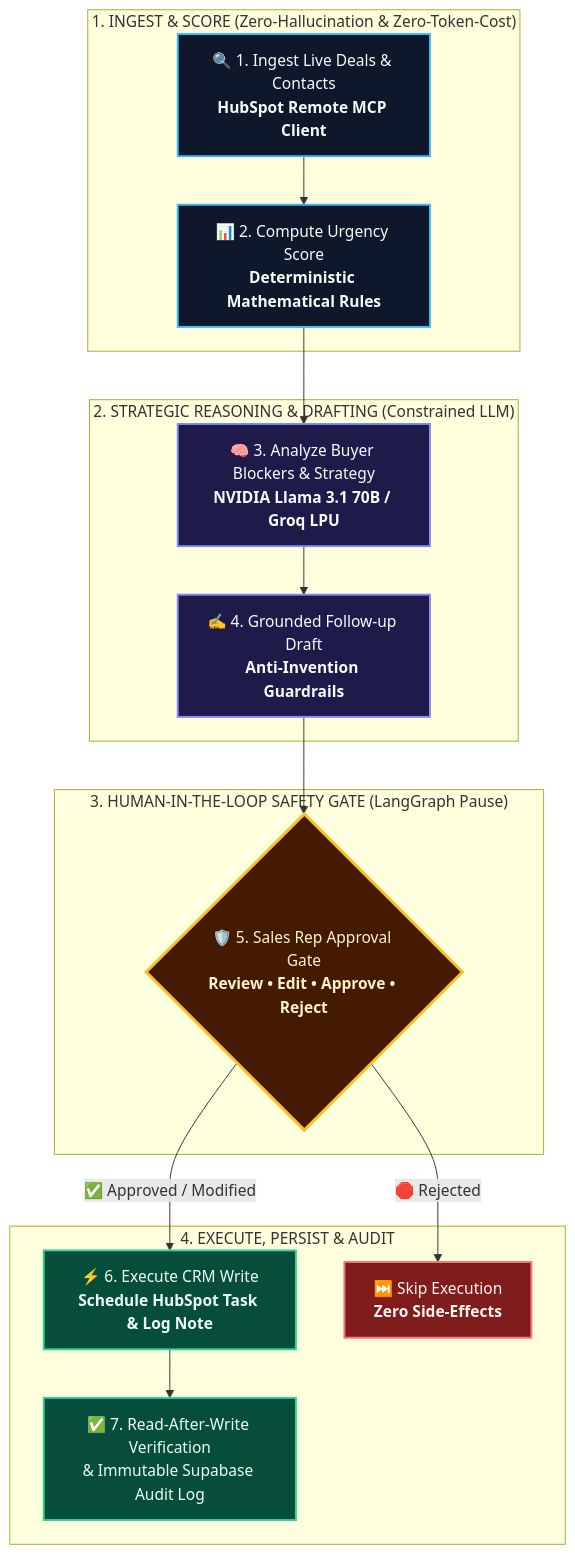
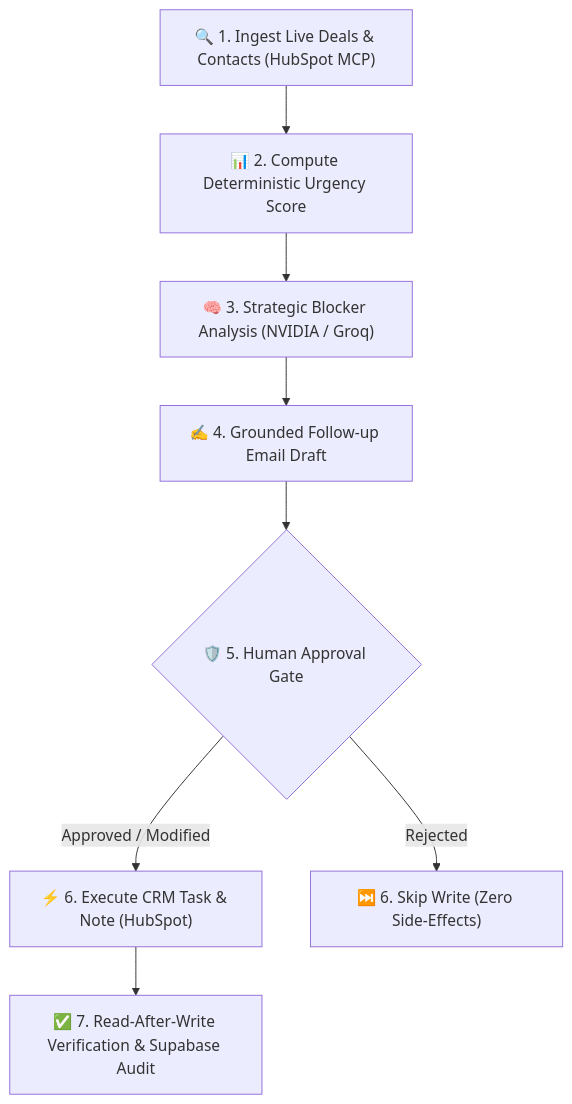
Before and after one commit to srinath2934/closepilot: the first of 2 diagrams in README.md, drawn with Mermaid. The commit also changed other lines of this file, not shown here.

Commit message:
docs: finalize 7-principle production README and synchronized section hierarchy

````diff
--- a/README.md
+++ b/README.md
@@ -84,30 +84,12 @@
 ```mermaid
 flowchart TD
-    subgraph S1 ["1. INGEST & SCORE (Zero-Hallucination & Zero-Token-Cost)"]
-        A["🔍 1. Ingest Live Deals & Contacts<br/><b>HubSpot Remote MCP Client</b>"] --> B["📊 2. Compute Urgency Score<br/><b>Deterministic Mathematical Rules</b>"]
-    end
-
-    subgraph S2 ["2. STRATEGIC REASONING & DRAFTING (Constrained LLM)"]
-        B --> C["🧠 3. Analyze Buyer Blockers & Strategy<br/><b>NVIDIA Llama 3.1 70B / Groq LPU</b>"]
-        C --> D["✍️ 4. Grounded Follow-up Draft<br/><b>Anti-Invention Guardrails</b>"]
-    end
-
-    subgraph S3 ["3. HUMAN-IN-THE-LOOP SAFETY GATE (LangGraph Pause)"]
-        D --> E{"🛡️ 5. Sales Rep Approval Gate<br/><b>Review • Edit • Approve • Reject</b>"}
-    end
-
-    subgraph S4 ["4. EXECUTE, PERSIST & AUDIT"]
-        E -->|"✅ Approved / Modified"| F["⚡ 6. Execute CRM Write<br/><b>Schedule HubSpot Task & Log Note</b>"]
-        E -->|"🛑 Rejected"| G["⏭️ Skip Execution<br/><b>Zero Side-Effects</b>"]
-        F --> H["✅ 7. Read-After-Write Verification<br/>& Immutable Supabase Audit Log"]
-    end
-
-    style A fill:#0f172a,stroke:#38bdf8,stroke-width:2px,color:#f8fafc;
-    style B fill:#0f172a,stroke:#38bdf8,stroke-width:2px,color:#f8fafc;
-    style C fill:#1e1b4b,stroke:#818cf8,stroke-width:2px,color:#f8fafc;
-    style D fill:#1e1b4b,stroke:#818cf8,stroke-width:2px,color:#f8fafc;
-    style E fill:#451a03,stroke:#fbbf24,stroke-width:3px,color:#fef3c7;
-    style F fill:#064e3b,stroke:#34d399,stroke-width:2px,color:#ecfdf5;
-    style G fill:#7f1d1d,stroke:#f87171,stroke-width:2px,color:#fef2f2;
-    style H fill:#064e3b,stroke:#34d399,stroke-width:2px,color:#ecfdf5;
+    A["🔍 1. Ingest Live Deals & Contacts (HubSpot MCP)"] --> B["📊 2. Compute Deterministic Urgency Score"]
+    B --> C["🧠 3. Strategic Blocker Analysis (NVIDIA / Groq)"]
+    C --> D["✍️ 4. Grounded Follow-up Email Draft"]
+    D --> E{"🛡️ 5. Human Approval Gate"}
+    
+    E -->|Approved / Modified| F["⚡ 6. Execute CRM Task & Note (HubSpot)"]
+    E -->|Rejected| G["⏭️ 6. Skip Write (Zero Side-Effects)"]
+    
+    F --> H["✅ 7. Read-After-Write Verification & Supabase Audit"]
 ```
````
